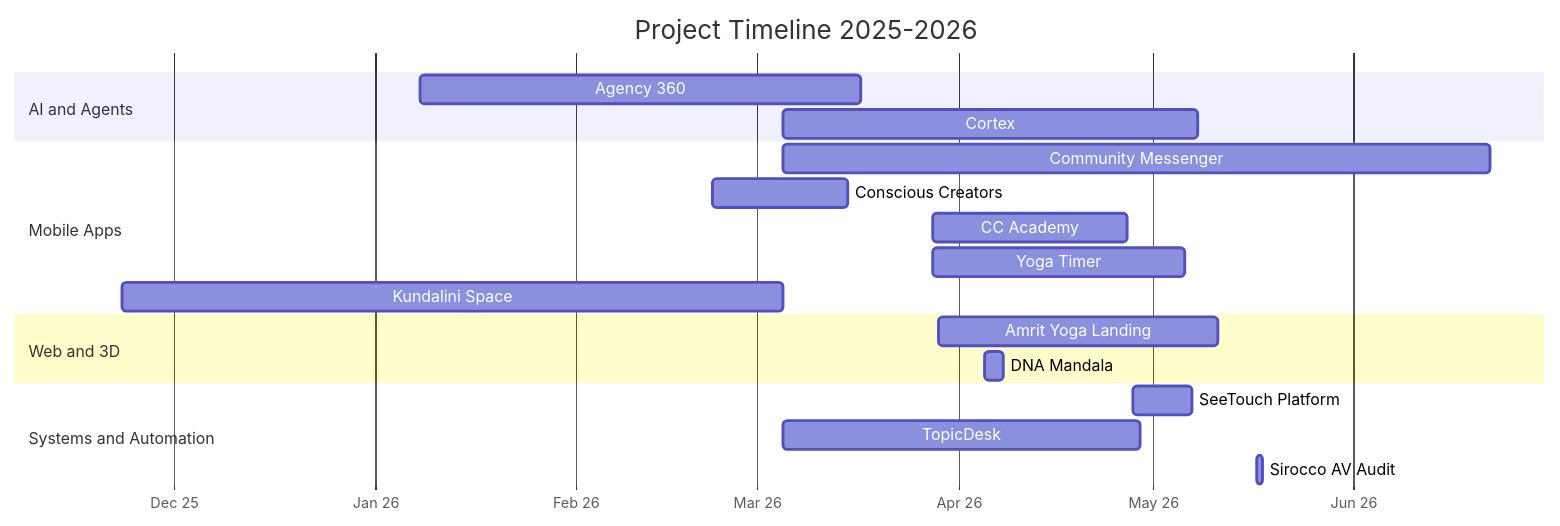
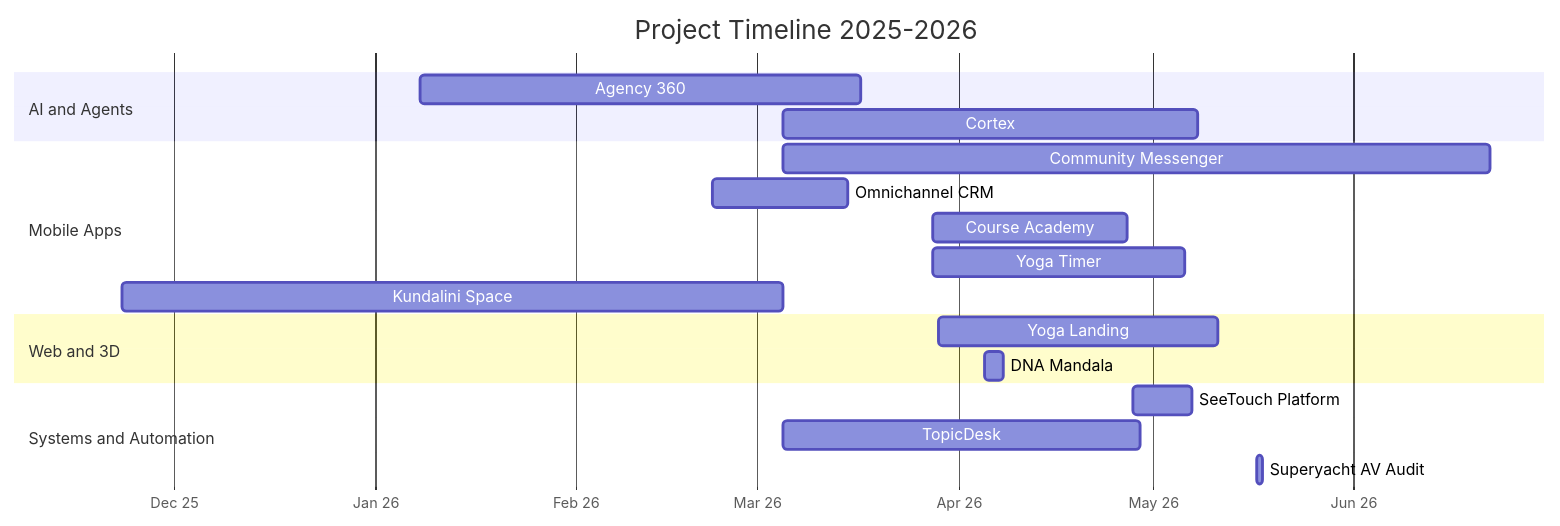
The diagram in README.md (SeeTouch/SeeTouch), drawn with Mermaid before and after one commit. The commit also changed other lines of this file and 4 other files, not shown here.

````diff
--- a/README.md
+++ b/README.md
@@ -68,22 +68,22 @@
 ```mermaid
 gantt
     title Project Timeline 2025-2026
     dateFormat YYYY-MM-DD
     axisFormat %b %y
     section AI and Agents
     Agency 360            :2026-01-08, 2026-03-17
     Cortex                :2026-03-05, 2026-05-08
     section Mobile Apps
     Community Messenger   :2026-03-05, 2026-06-22
-    Conscious Creators    :2026-02-22, 2026-03-15
-    CC Academy            :2026-03-28, 2026-04-27
+    Omnichannel CRM       :2026-02-22, 2026-03-15
+    Course Academy        :2026-03-28, 2026-04-27
     Yoga Timer            :2026-03-28, 2026-05-06
     Kundalini Space       :2025-11-23, 2026-03-05
     section Web and 3D
-    Amrit Yoga Landing    :2026-03-29, 2026-05-11
+    Yoga Landing          :2026-03-29, 2026-05-11
     DNA Mandala           :2026-04-05, 2026-04-08
     section Systems and Automation
     SeeTouch Platform     :2026-04-28, 2026-05-07
     TopicDesk             :2026-03-05, 2026-04-29
-    Sirocco AV Audit      :2026-05-17, 2026-05-18
+    Superyacht AV Audit   :2026-05-17, 2026-05-18
 ```
````
